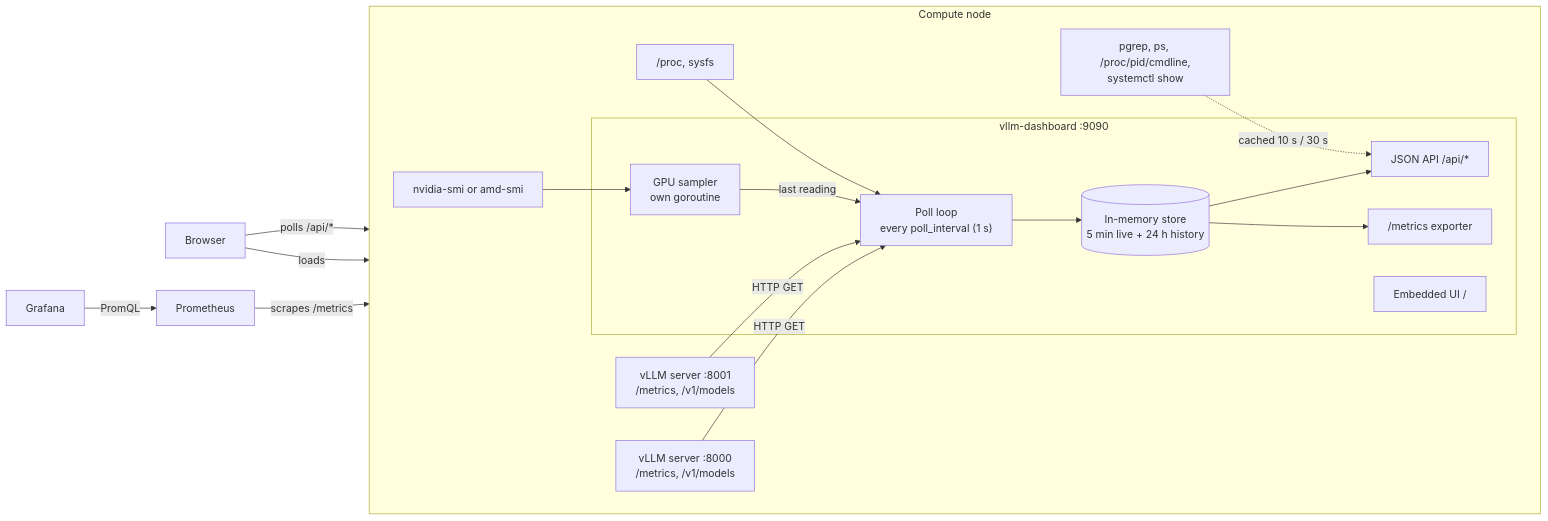
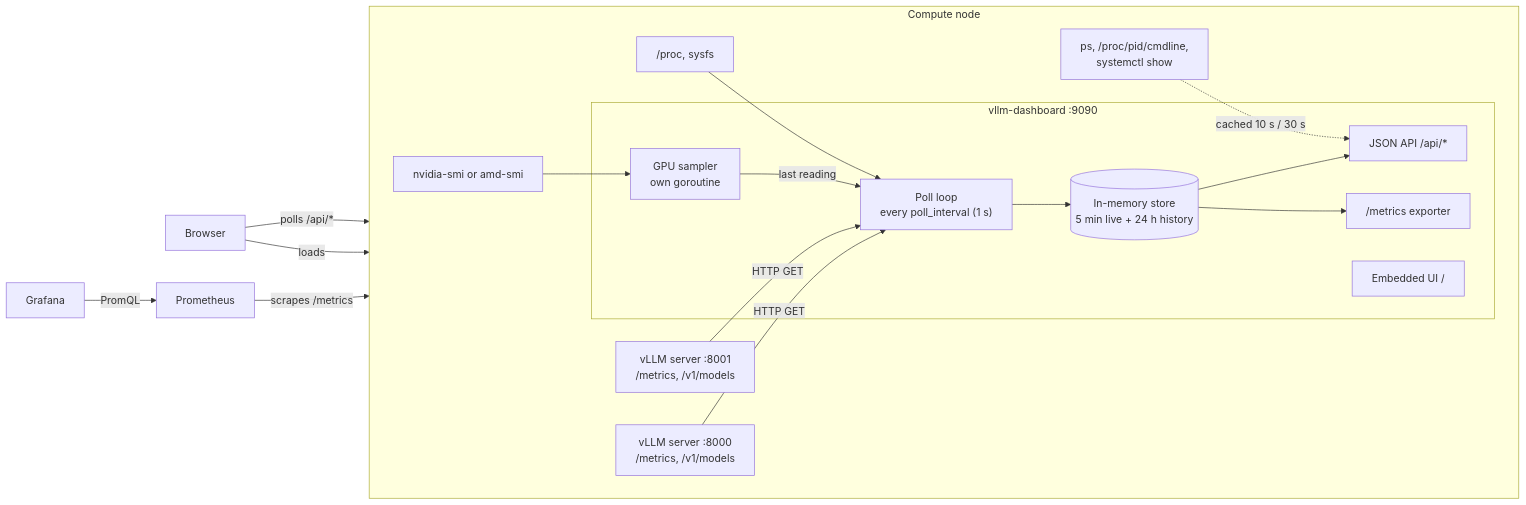
The third of 7 diagrams in docs/architecture.md (awlx/vllm-dashboard), drawn with Mermaid before and after one commit. The commit also changed other lines of this file and 6 other files, not shown here.

````diff
--- a/docs/architecture.md
+++ b/docs/architecture.md
@@ -89,32 +190,32 @@
 ```mermaid
 flowchart LR
   subgraph host["Compute node"]
     direction LR
     v1["vLLM server :8000<br/>/metrics, /v1/models"]
     v2["vLLM server :8001<br/>/metrics, /v1/models"]
     gpu["nvidia-smi or amd-smi"]
     sys["/proc, sysfs"]
-    meta["pgrep, ps, /proc/pid/cmdline,<br/>systemctl show"]
+    meta["ps, /proc/pid/cmdline,<br/>systemctl show"]
     subgraph dash["vllm-dashboard :9090"]
       gpus["GPU sampler<br/>own goroutine"]
       poll["Poll loop<br/>every poll_interval (1 s)"]
       store[("In-memory store<br/>5 min live + 24 h history")]
       api["JSON API /api/*"]
       prom["/metrics exporter"]
       ui["Embedded UI /"]
     end
     v1 -- "HTTP GET" --> poll
     v2 -- "HTTP GET" --> poll
     gpu --> gpus
     gpus -- "last reading" --> poll
     sys --> poll
     poll --> store
     store --> api
     store --> prom
     meta -. "cached 10 s / 30 s" .-> api
   end
   browser["Browser"] -- "polls /api/*" --> api
   browser -- "loads" --> ui
   prometheus["Prometheus"] -- "scrapes /metrics" --> prom
   grafana["Grafana"] -- "PromQL" --> prometheus
 ```
````
